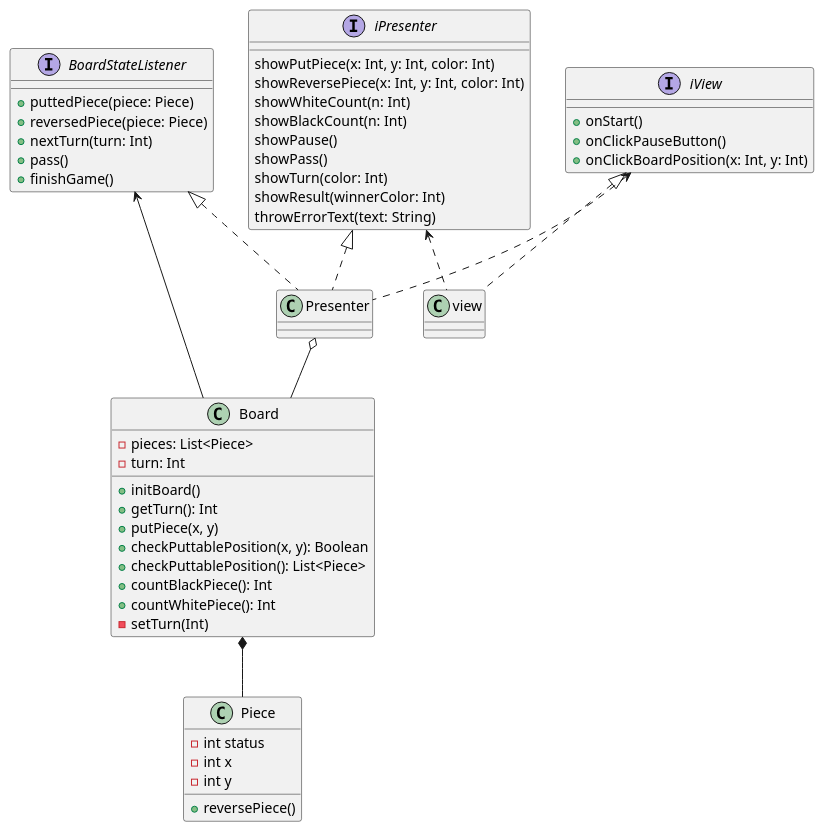
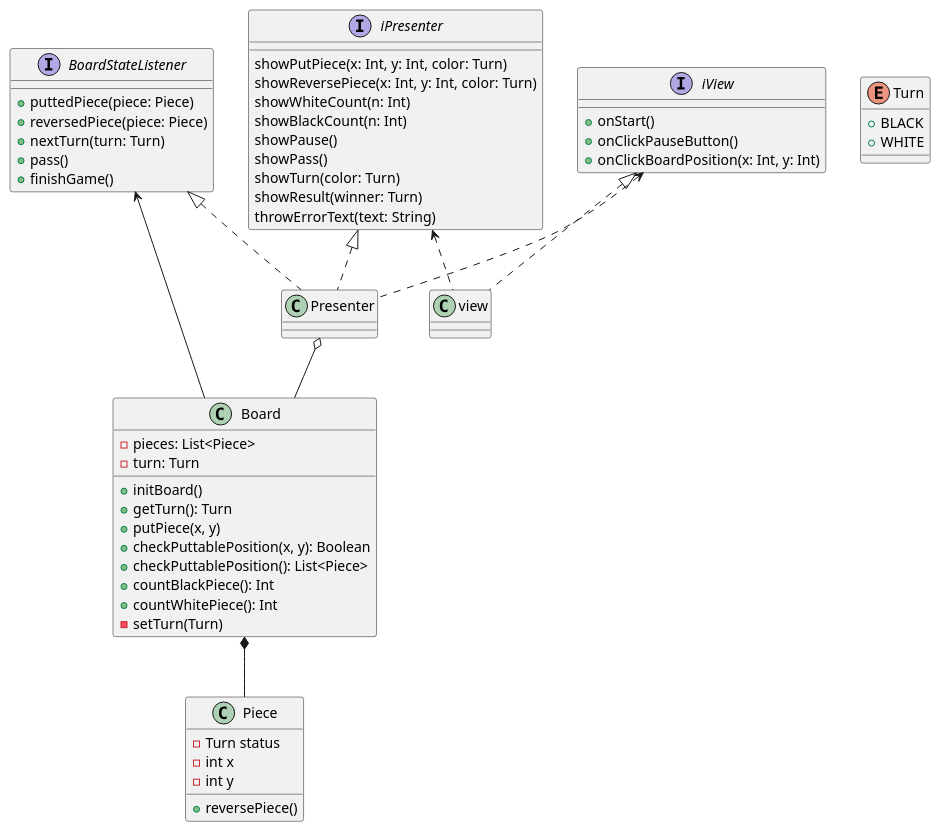
Before and after one commit to Issei0804-ie/Uhyo: the diagram in uml/class/game.puml, drawn with PlantUML.

Commit message:
turn, color, statusをTurnクラスでまとめる。

```diff
--- a/uml/class/game.puml
+++ b/uml/class/game.puml
@@ -1,61 +1,66 @@
 @startuml
 Presenter o-- Board
 Board *-- Piece
 iView <.. Presenter
 iView <|.. view
 BoardStateListener <|.. Presenter
 BoardStateListener <-- Board
 iPresenter <|.. Presenter
 iPresenter <.. view
 
 class Board {
     - pieces: List<Piece>
-    - turn: Int
+    - turn: Turn
     + initBoard()
-    + getTurn(): Int
+    + getTurn(): Turn
     + putPiece(x, y)
     + checkPuttablePosition(x, y): Boolean
     + checkPuttablePosition(): List<Piece>
     + countBlackPiece(): Int
     + countWhitePiece(): Int
-    - setTurn(Int)
+    - setTurn(Turn)
+}
+
+enum Turn {
+    + BLACK
+    + WHITE
 }
 
 interface BoardStateListener {
     + puttedPiece(piece: Piece)
     + reversedPiece(piece: Piece)
-    + nextTurn(turn: Int)
+    + nextTurn(turn: Turn)
     + pass()
     + finishGame()
 }
 
 class Piece {
-    - int status
+    - Turn status
     - int x
     - int y
     + reversePiece()
 }
 
 interface iView {
     + onStart()
     + onClickPauseButton()
     + onClickBoardPosition(x: Int, y: Int)
 }
 
 class view {}
 
 interface iPresenter {
-    showPutPiece(x: Int, y: Int, color: Int)
-    showReversePiece(x: Int, y: Int, color: Int)
+    showPutPiece(x: Int, y: Int, color: Turn)
+    showReversePiece(x: Int, y: Int, color: Turn)
     showWhiteCount(n: Int)
     showBlackCount(n: Int)
     showPause()
     showPass()
-    showTurn(color: Int)
-    showResult(winnerColor: Int)
+    showTurn(color: Turn)
+    showResult(winner: Turn)
     throwErrorText(text: String)
 }
 class Presenter {
 
 }
 @enduml
```
